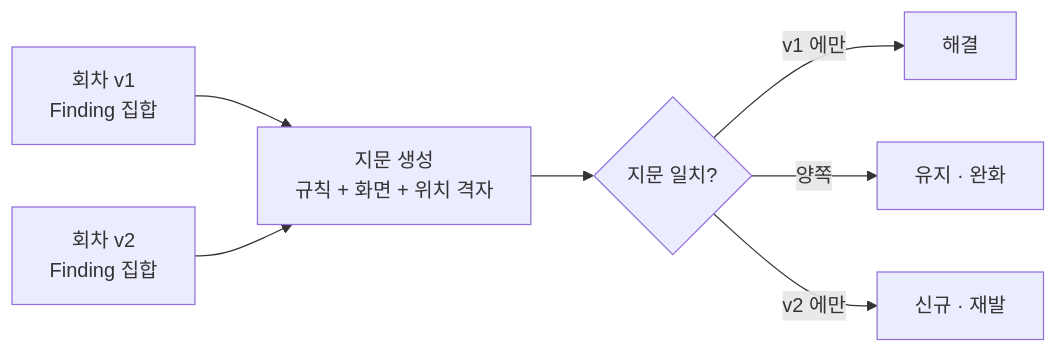
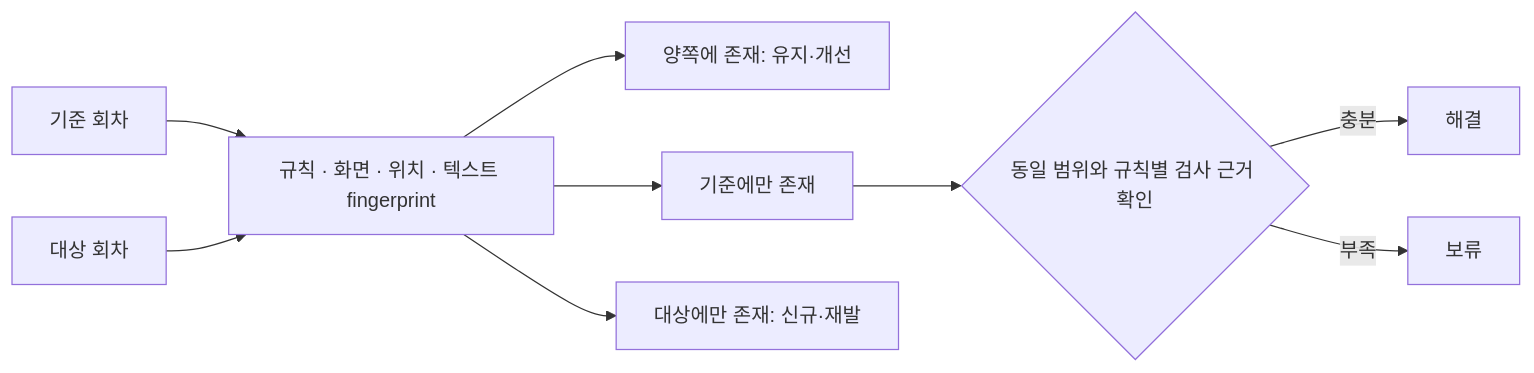
Before and after one commit to sogeumbbang/DarkAudit: the second of 2 diagrams in docs/architecture.md, drawn with Mermaid. The commit also changed other lines of this file and 11 other files, not shown here.

Commit message:
docs: sync guides with current analysis and review flows

````diff
--- a/docs/architecture.md
+++ b/docs/architecture.md
@@ -131,9 +87,11 @@
 ```mermaid
-graph LR
-    V1["회차 v1<br/>Finding 집합"] --> FP["지문 생성<br/>규칙 + 화면 + 위치 격자"]
-    V2["회차 v2<br/>Finding 집합"] --> FP
-    FP --> CMP{"지문 일치?"}
-    CMP -->|"v1 에만"| RES["해결"]
-    CMP -->|"양쪽"| KEEP["유지 · 완화"]
-    CMP -->|"v2 에만"| NEW["신규 · 재발"]
+flowchart LR
+    A["기준 회차"] --> FP["규칙 · 화면 · 위치 · 텍스트 fingerprint"]
+    B["대상 회차"] --> FP
+    FP --> BOTH["양쪽에 존재: 유지·개선"]
+    FP --> OLD["기준에만 존재"]
+    FP --> NEW["대상에만 존재: 신규·재발"]
+    OLD --> CHECK{"동일 범위와 규칙별 검사 근거 확인"}
+    CHECK -->|충분| RES["해결"]
+    CHECK -->|부족| PENDING["보류"]
 ```
````
